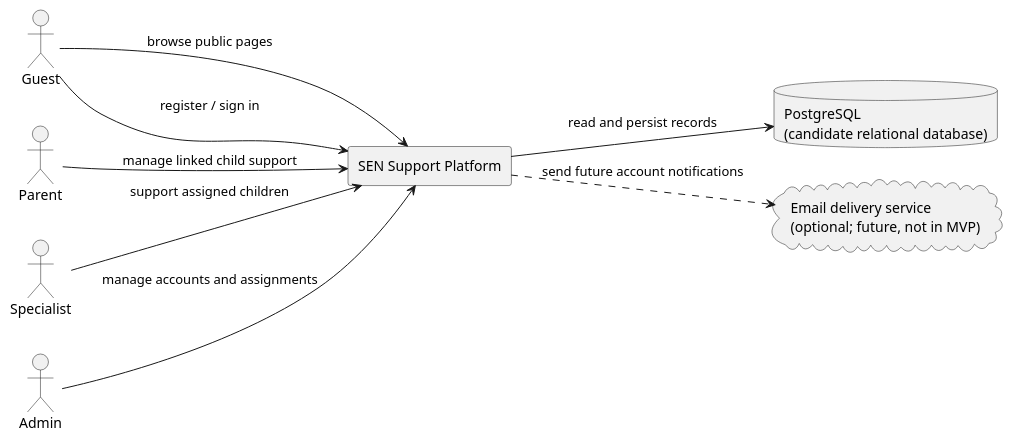
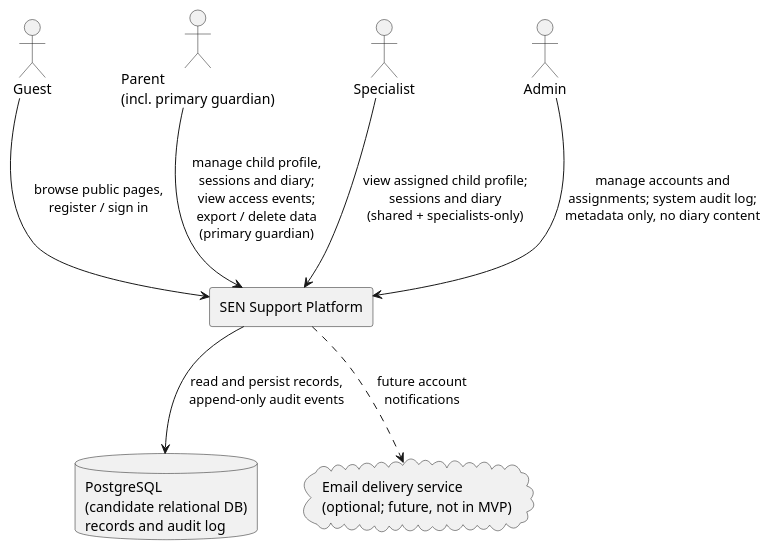
One commit to AknurOE/sen-support-platform changed the diagram in docs/diagrams/context.puml. Above: the diagram before and after it, drawn with PlantUML. The commit also changed 4 other files, not shown here.

Commit message:
SSP-40: refine diagrams and add exports,editing of srs.md

```diff
--- a/docs/diagrams/context.puml
+++ b/docs/diagrams/context.puml
@@ -1,22 +1,28 @@
 @startuml
-left to right direction
-skinparam packageStyle rectangle
+top to bottom direction
+skinparam shadowing false
+skinparam nodesep 50
+skinparam ranksep 90
 
 actor Guest
-actor Parent
+actor "Parent\n(incl. primary guardian)" as Parent
 actor Specialist
 actor Admin
 
 rectangle "SEN Support Platform" as Platform
-database "PostgreSQL\n(candidate relational database)" as Database
+database "PostgreSQL\n(candidate relational DB)\nrecords and audit log" as Database
 cloud "Email delivery service\n(optional; future, not in MVP)" as Email
 
-Guest --> Platform : browse public pages
-Guest --> Platform : register / sign in
-Parent --> Platform : manage linked child support
-Specialist --> Platform : support assigned children
-Admin --> Platform : manage accounts and assignments
+Guest      -down-> Platform : browse public pages,\nregister / sign in
+Parent     -down-> Platform : manage child profile,\nsessions and diary;\nview access events;\nexport / delete data\n(primary guardian)
+Specialist -down-> Platform : view assigned child profile;\nsessions and diary\n(shared + specialists-only)
+Admin      -down-> Platform : manage accounts and\nassignments; system audit log;\nmetadata only, no diary content
 
-Platform --> Database : read and persist records
-Platform ..> Email : send future account notifications
+Platform -down-> Database : read and persist records,\nappend-only audit events
+Platform .down.> Email    : future account\nnotifications
+
+Guest      -[hidden]right- Parent
+Parent     -[hidden]right- Specialist
+Specialist -[hidden]right- Admin
+Database   -[hidden]right- Email
 @enduml
```
